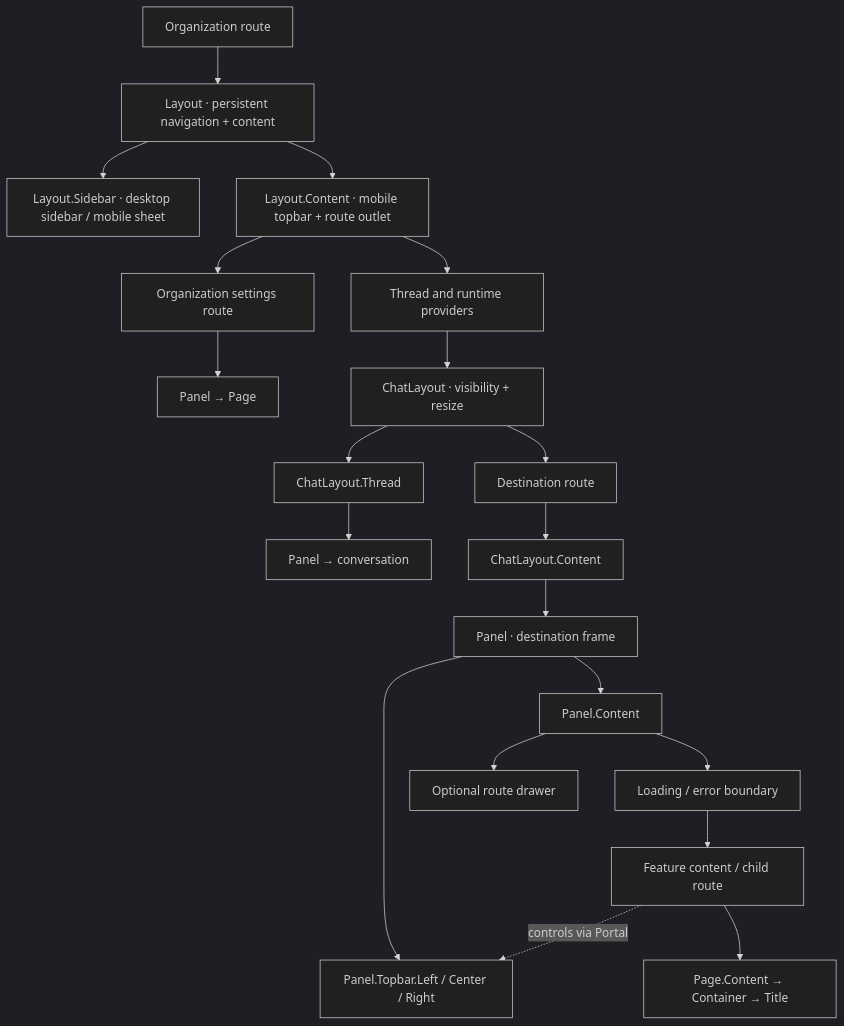
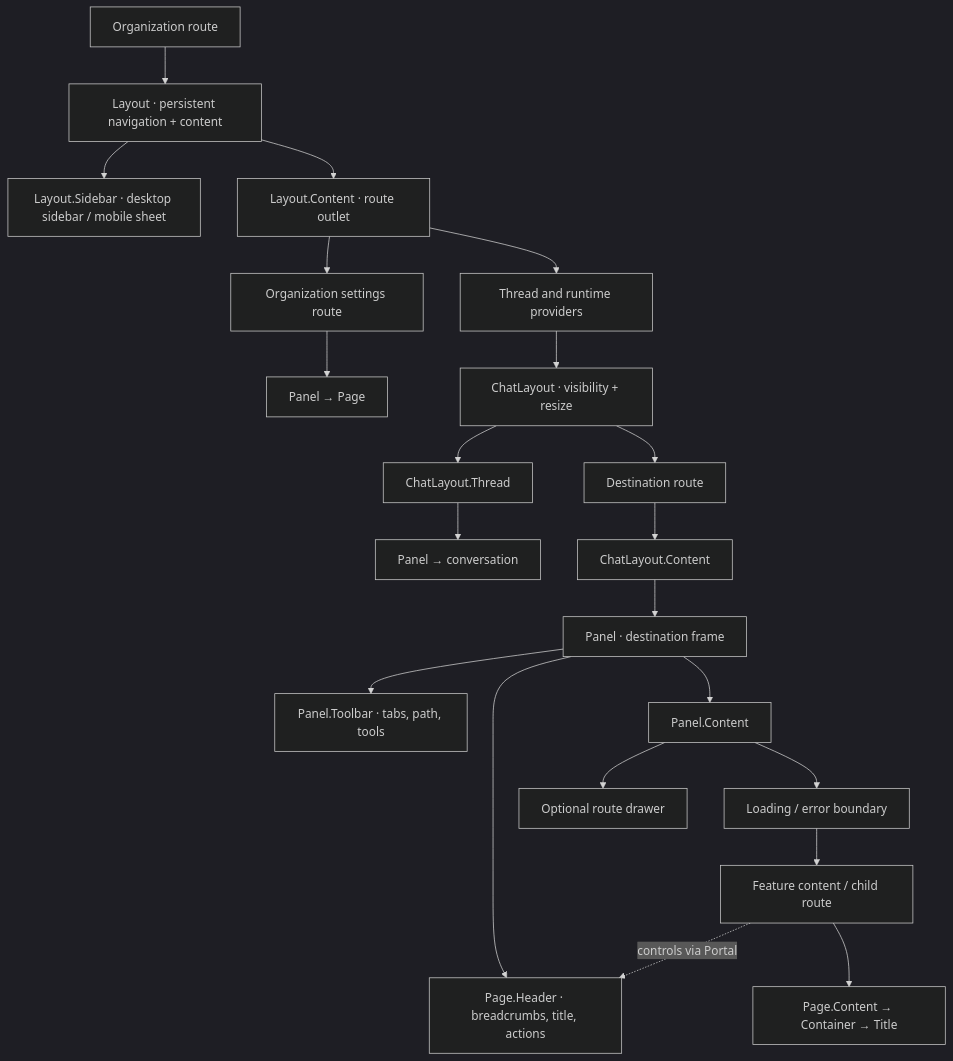
One commit to decocms/studio changed the diagram in apps/web/docs/component-architecture.md. Above: the diagram before and after it, drawn with Mermaid (dark theme). The commit also changed other lines of this file and 107 other files, not shown here.

````diff
--- a/apps/web/docs/component-architecture.md
+++ b/apps/web/docs/component-architecture.md
@@ -57,22 +57,23 @@
 ```mermaid
 flowchart TD
   Org["Organization route"] --> Layout["Layout · persistent navigation + content"]
   Layout --> Sidebar["Layout.Sidebar · desktop sidebar / mobile sheet"]
-  Layout --> Inset["Layout.Content · mobile topbar + route outlet"]
+  Layout --> Inset["Layout.Content · route outlet"]
   Inset --> Settings["Organization settings route"]
   Settings --> SettingsPanel["Panel → Page"]
   Inset --> Session["Thread and runtime providers"]
   Session --> Split["ChatLayout · visibility + resize"]
   Split --> Thread["ChatLayout.Thread"]
   Thread --> Conversation["Panel → conversation"]
   Split --> Route["Destination route"]
   Route --> Content["ChatLayout.Content"]
   Content --> Surface["Panel · destination frame"]
-  Surface --> Topbar["Panel.Topbar.Left / Center / Right"]
+  Surface --> Topbar["Page.Header · breadcrumbs, title, actions"]
+  Surface --> Toolbar["Panel.Toolbar · tabs, path, tools"]
   Surface --> Body["Panel.Content"]
   Body --> Boundary["Loading / error boundary"]
   Boundary --> Feature["Feature content / child route"]
   Body --> Drawer["Optional route drawer"]
   Feature -. controls via Portal .-> Topbar
   Feature --> Document["Page.Content → Container → Title"]
 ```
````
